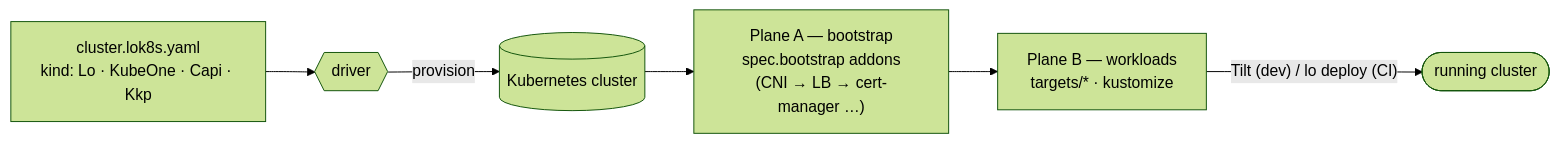
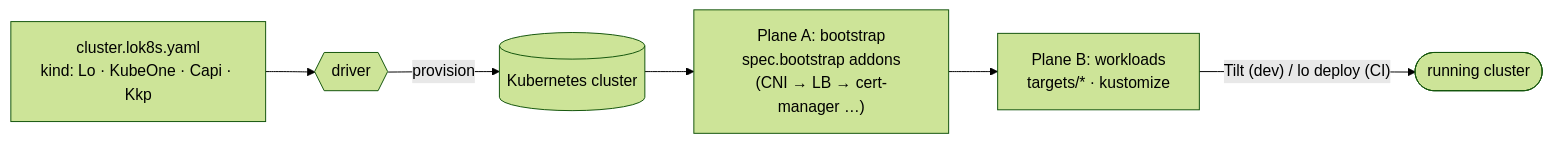
Before and after one commit to kernpilot/lok8s: the diagram in README.md, drawn with Mermaid (forest theme). The commit also changed other lines of this file and 2 other files, not shown here.

````diff
--- a/README.md
+++ b/README.md
@@ -225,8 +225,8 @@
 ```mermaid
 flowchart LR
     spec["cluster.lok8s.yaml<br/>kind: Lo · KubeOne · Capi · Kkp"] --> drv{{driver}}
     drv -->|provision| k8s[("Kubernetes cluster")]
-    k8s --> a["Plane A — bootstrap<br/>spec.bootstrap addons<br/>(CNI → LB → cert-manager …)"]
-    a --> b["Plane B — workloads<br/>targets/* · kustomize"]
+    k8s --> a["Plane A: bootstrap<br/>spec.bootstrap addons<br/>(CNI → LB → cert-manager …)"]
+    a --> b["Plane B: workloads<br/>targets/* · kustomize"]
     b -->|"Tilt (dev) / lo deploy (CI)"| run(["running cluster"])
 ```
````
